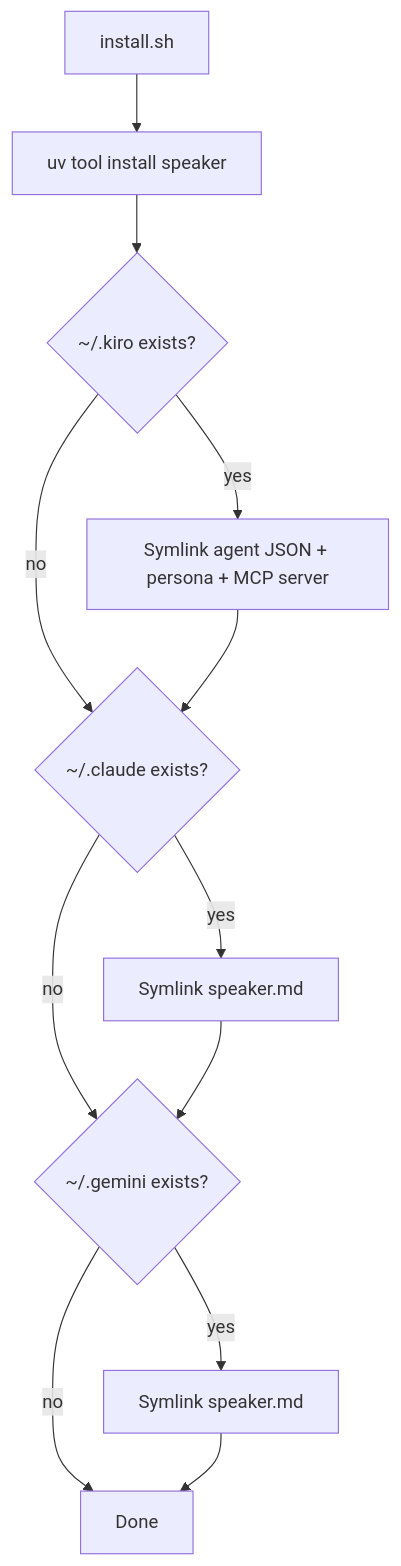
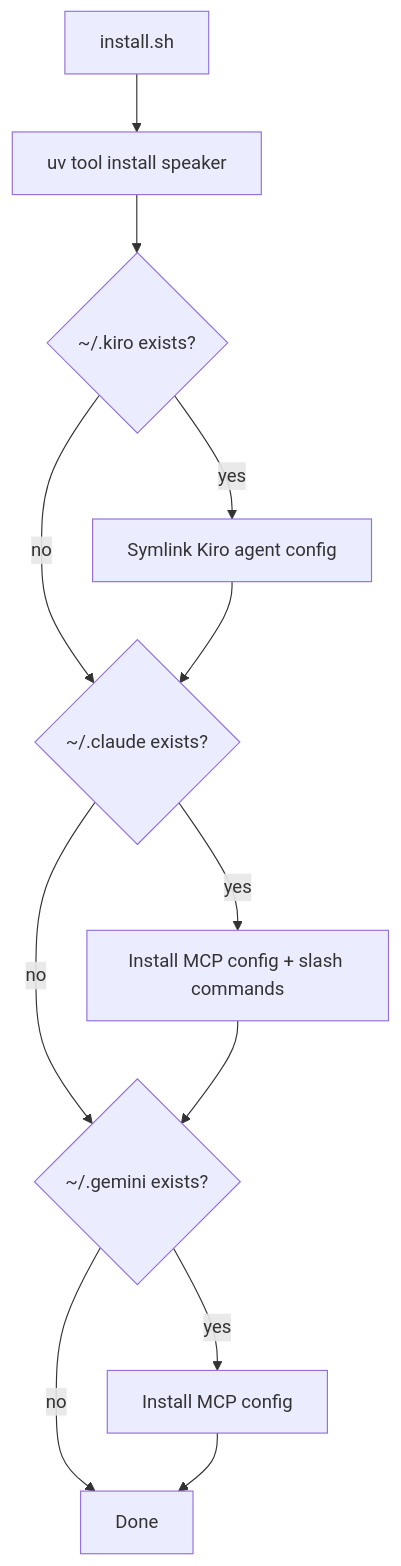
Before and after one commit to NetDevAutomate/Agent-Speaker: the first of 2 diagrams in docs/agent-install.md, drawn with Mermaid. The commit also changed other lines of this file and 22 other files, not shown here.

First line of the commit message:
refactor: MCP-first architecture with shared engine, remove legacy wrapper

````diff
--- a/docs/agent-install.md
+++ b/docs/agent-install.md
@@ -23,14 +24,14 @@
 ```mermaid
 flowchart TD
     A[install.sh] --> B[uv tool install speaker]
     B --> C{~/.kiro exists?}
-    C -->|yes| D[Symlink agent JSON + persona + MCP server]
+    C -->|yes| D[Symlink Kiro agent config]
     C -->|no| E{~/.claude exists?}
     D --> E
-    E -->|yes| F[Symlink speaker.md]
+    E -->|yes| F[Install MCP config + slash commands]
     E -->|no| G{~/.gemini exists?}
     F --> G
-    G -->|yes| H[Symlink speaker.md]
+    G -->|yes| H[Install MCP config]
     G -->|no| I[Done]
     H --> I
 ```
````
